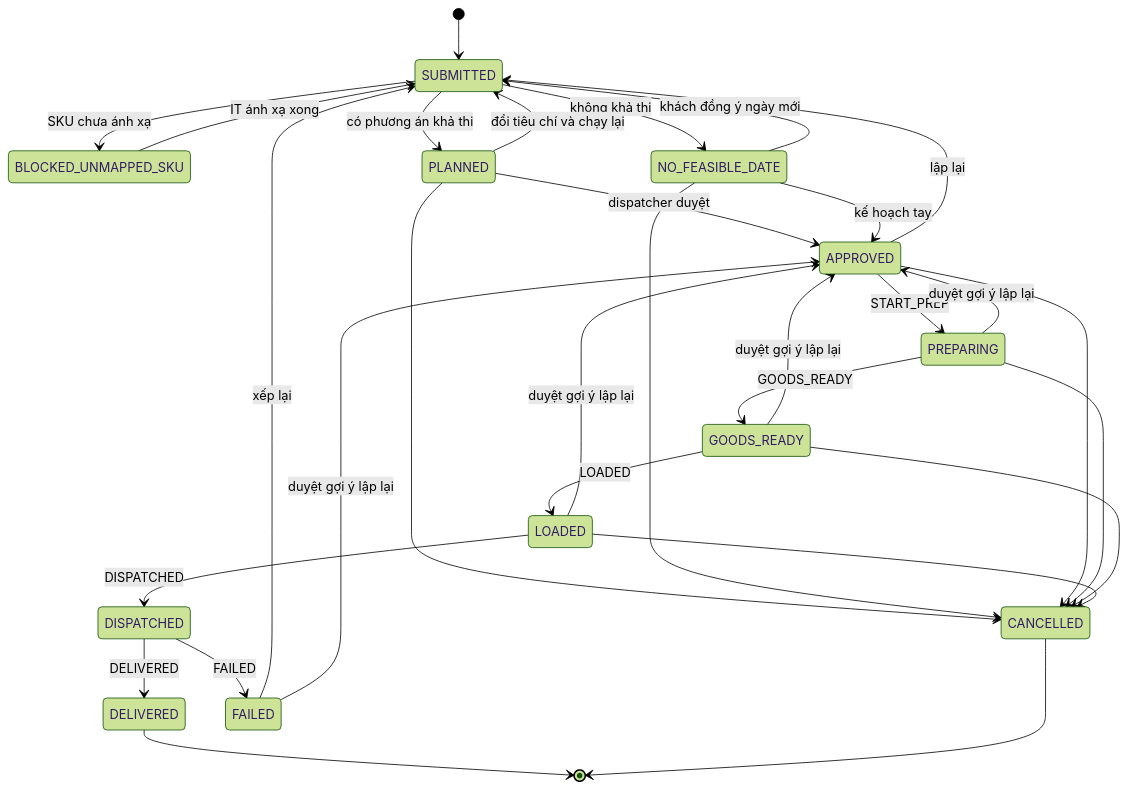
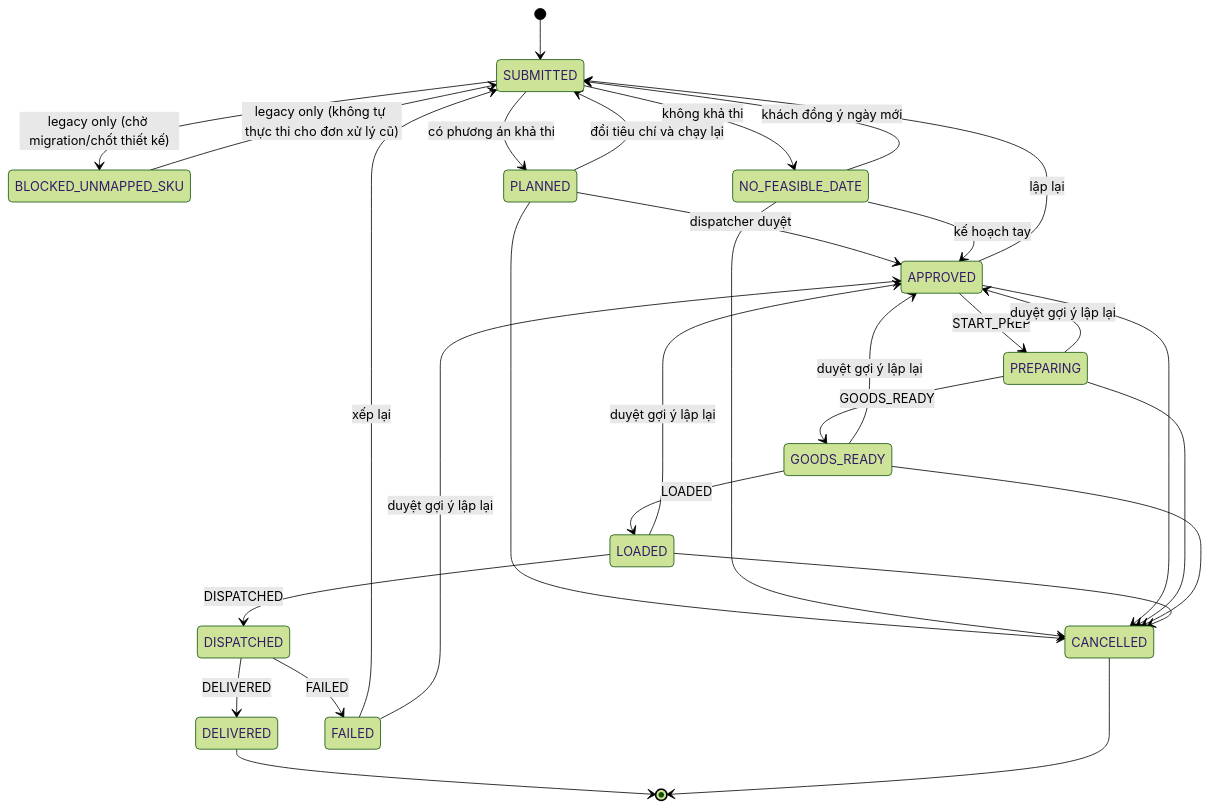
Diagram 14 of 14 in docs/07_User_Flows.md (qaztyhn/cfo-itconsultant), drawn with Mermaid (forest theme) before and after one commit. The commit also changed other lines of this file, not shown here.

Commit message:
docs(flows): preserve legacy handling for orders with unmapped SKUs

````diff
--- a/docs/07_User_Flows.md
+++ b/docs/07_User_Flows.md
@@ -401,32 +403,34 @@
 ```mermaid
 stateDiagram-v2
   [*] --> SUBMITTED
-  SUBMITTED --> BLOCKED_UNMAPPED_SKU: SKU chưa ánh xạ
-  BLOCKED_UNMAPPED_SKU --> SUBMITTED: IT ánh xạ xong
+  %% ASM-005: phân luồng SKU phải diễn ra trước khi CFO tiếp nhận/lập plan.
+  %% BLOCKED_UNMAPPED_SKU còn trong enum legacy, không dùng để giữ đơn mới chờ mapping.
+  SUBMITTED --> BLOCKED_UNMAPPED_SKU: legacy only (chờ migration/chốt thiết kế)
+  BLOCKED_UNMAPPED_SKU --> SUBMITTED: legacy only (không tự thực thi cho đơn xử lý cũ)
   SUBMITTED --> PLANNED: có phương án khả thi
   SUBMITTED --> NO_FEASIBLE_DATE: không khả thi
   PLANNED --> APPROVED: dispatcher duyệt
   PLANNED --> SUBMITTED: đổi tiêu chí và chạy lại
   NO_FEASIBLE_DATE --> SUBMITTED: khách đồng ý ngày mới
   NO_FEASIBLE_DATE --> APPROVED: kế hoạch tay
   APPROVED --> PREPARING: START_PREP
   PREPARING --> GOODS_READY: GOODS_READY
   GOODS_READY --> LOADED: LOADED
   LOADED --> DISPATCHED: DISPATCHED
   DISPATCHED --> DELIVERED: DELIVERED
   DISPATCHED --> FAILED: FAILED
   FAILED --> SUBMITTED: xếp lại
   FAILED --> APPROVED: duyệt gợi ý lập lại
   PREPARING --> APPROVED: duyệt gợi ý lập lại
   GOODS_READY --> APPROVED: duyệt gợi ý lập lại
   LOADED --> APPROVED: duyệt gợi ý lập lại
   APPROVED --> SUBMITTED: lập lại
   PLANNED --> CANCELLED
   NO_FEASIBLE_DATE --> CANCELLED
   APPROVED --> CANCELLED
   PREPARING --> CANCELLED
   GOODS_READY --> CANCELLED
   LOADED --> CANCELLED
   DELIVERED --> [*]
   CANCELLED --> [*]
 ```
````
